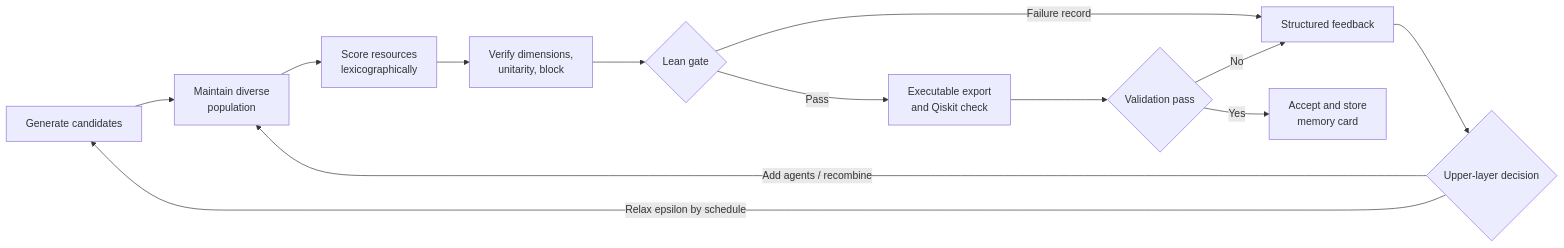
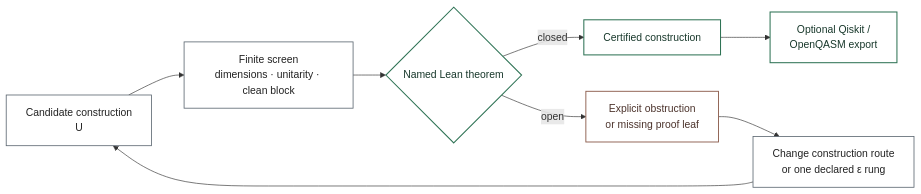
Before and after one commit to DakeBU/Quantum-Computing-Block-Encoding: the diagram in website/diagrams/candidate-lifecycle.mmd, drawn with Mermaid. The commit also changed 14 other files, not shown here.

```diff
--- a/website/diagrams/candidate-lifecycle.mmd
+++ b/website/diagrams/candidate-lifecycle.mmd
@@ -1,13 +1,15 @@
 flowchart LR
-  G["Generate candidates"] --> P["Maintain diverse<br/>population"]
-  P --> S["Score resources<br/>lexicographically"]
-  S --> V["Verify dimensions,<br/>unitarity, block"]
-  V --> K{"Lean gate"}
-  K -- "Pass" --> E["Executable export<br/>and Qiskit check"]
-  K -- "Failure record" --> F["Structured feedback"]
-  E --> Q{"Validation pass"}
-  Q -- "Yes" --> A["Accept and store<br/>memory card"]
-  Q -- "No" --> F
-  F --> T{"Upper-layer decision"}
-  T -- "Add agents / recombine" --> P
-  T -- "Relax epsilon by schedule" --> G
+  C["Candidate construction<br/>U"] --> F["Finite screen<br/>dimensions · unitarity · clean block"]
+  F --> L{"Named Lean theorem"}
+  L -- "closed" --> V["Certified construction"]
+  V --> E["Optional Qiskit /<br/>OpenQASM export"]
+  L -- "open" --> O["Explicit obstruction<br/>or missing proof leaf"]
+  O --> R["Change construction route<br/>or one declared ε rung"]
+  R --> C
+
+  classDef math fill:#ffffff,stroke:#5b6670,color:#222222,stroke-width:1.25px;
+  classDef proof fill:#ffffff,stroke:#2f7355,color:#18382b,stroke-width:1.6px;
+  classDef fail fill:#ffffff,stroke:#8a5a4a,color:#4c332c,stroke-width:1.4px;
+  class C,F,R math;
+  class L,V,E proof;
+  class O fail;
```
